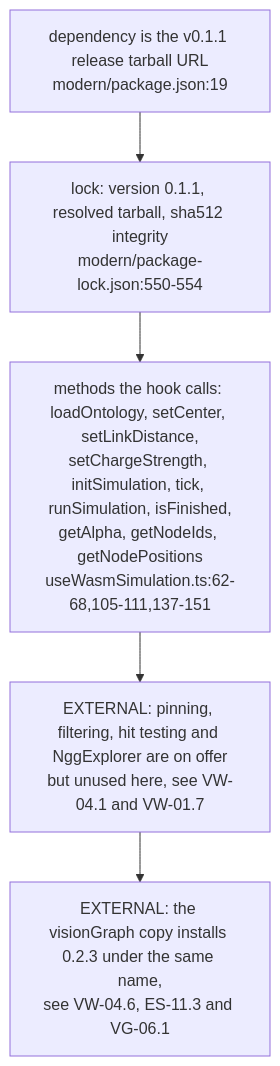
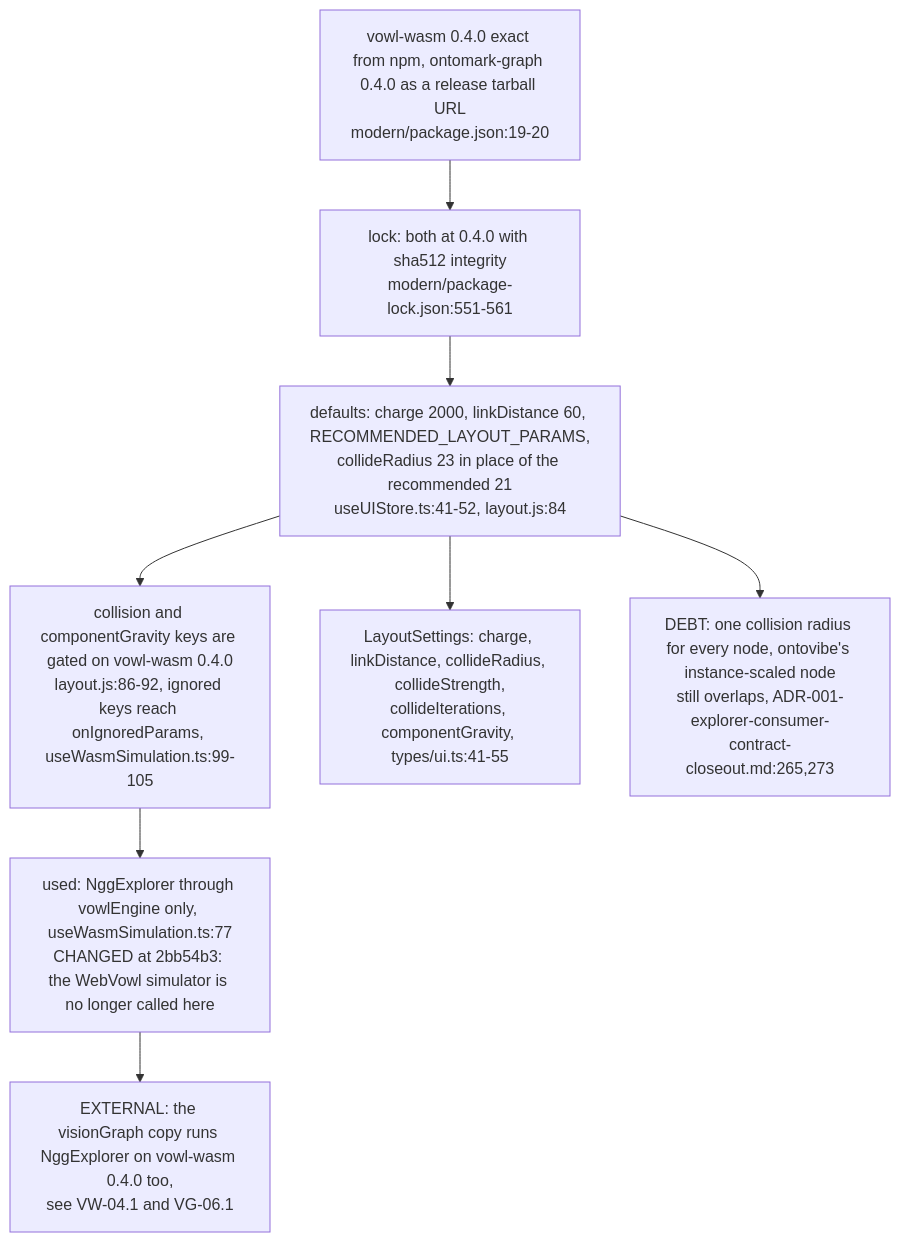
Before and after one commit to DreamLab-AI/VisionFlow: the fourth of 4 diagrams in docs/diagrams/wasmvowl/03-ontology-input-and-engine-boundary.md, drawn with Mermaid. The commit also changed other lines of this file and 4 other files, not shown here.

First line of the commit message:
docs(diagrams): wasmvowl re-verified at WasmVOWL 2bb54b3 (NggExplorer layout, camera, CI)

````diff
--- a/docs/diagrams/wasmvowl/03-ontology-input-and-engine-boundary.md
+++ b/docs/diagrams/wasmvowl/03-ontology-input-and-engine-boundary.md
@@ -91,7 +107,10 @@
 ```mermaid
 flowchart TB
-    PIN["dependency is the v0.1.1 release tarball URL<br/>modern/package.json:19"] --> LOCK["lock: version 0.1.1, resolved tarball, sha512 integrity<br/>modern/package-lock.json:550-554"]
-    LOCK --> USED["methods the hook calls: loadOntology, setCenter, setLinkDistance,<br/>setChargeStrength, initSimulation, tick, runSimulation, isFinished,<br/>getAlpha, getNodeIds, getNodePositions<br/>useWasmSimulation.ts:62-68,105-111,137-151"]
-    USED --> UNUSED["EXTERNAL: pinning, filtering, hit testing and NggExplorer are on offer<br/>but unused here, see VW-04.1 and VW-01.7"]
-    UNUSED --> OTHER["EXTERNAL: the visionGraph copy installs 0.2.3 under the same name,<br/>see VW-04.6, ES-11.3 and VG-06.1"]
+    PIN["vowl-wasm 0.4.0 exact from npm, ontomark-graph 0.4.0 as a release tarball URL<br/>modern/package.json:19-20"] --> LOCK["lock: both at 0.4.0 with sha512 integrity<br/>modern/package-lock.json:551-561"]
+    LOCK --> PAR["defaults: charge 2000, linkDistance 60, RECOMMENDED_LAYOUT_PARAMS,<br/>collideRadius 23 in place of the recommended 21<br/>useUIStore.ts:41-52, layout.js:84"]
+    PAR --> GATE["collision and componentGravity keys are gated on vowl-wasm 0.4.0<br/>layout.js:86-92, ignored keys reach onIgnoredParams, useWasmSimulation.ts:99-105"]
+    PAR --> KEYS["LayoutSettings: charge, linkDistance, collideRadius, collideStrength,<br/>collideIterations, componentGravity, types/ui.ts:41-55"]
+    GATE --> USED["used: NggExplorer through vowlEngine only, useWasmSimulation.ts:77<br/>CHANGED at 2bb54b3: the WebVowl simulator is no longer called here"]
+    USED --> OTHER["EXTERNAL: the visionGraph copy runs NggExplorer on vowl-wasm 0.4.0 too,<br/>see VW-04.1 and VG-06.1"]
+    PAR --> D1["DEBT: one collision radius for every node, ontovibe's instance-scaled node<br/>still overlaps, ADR-001-explorer-consumer-contract-closeout.md:265,273"]
 ```
````
